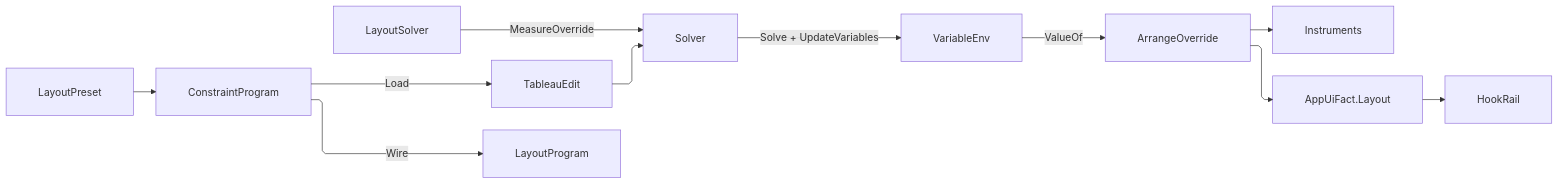
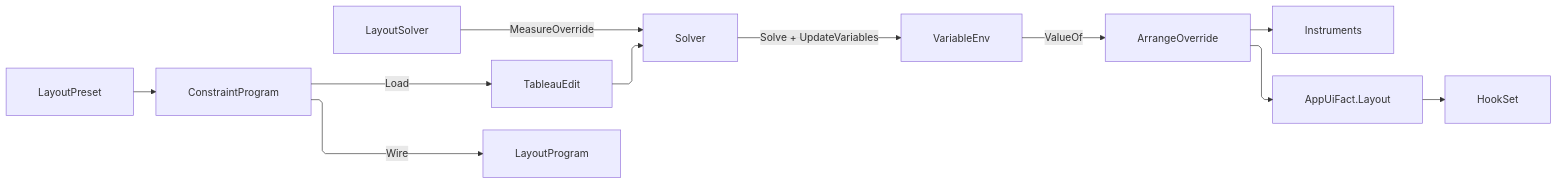
Before and after one commit to bsamiee/Rasm: the diagram in libs/dotnet/Rasm.AppUi/.planning/Shell/solver.md, drawn with Mermaid. The commit also changed other lines of this file and 1997 other files, not shown here.

````diff
--- a/libs/dotnet/Rasm.AppUi/.planning/Shell/solver.md
+++ b/libs/dotnet/Rasm.AppUi/.planning/Shell/solver.md
@@ -676,22 +674,22 @@
 ```mermaid
 ---
 config:
   layout: elk
   flowchart:
     curve: linear
     padding: 25
 ---
 flowchart LR
     accTitle: Constraint layout solve spine
     accDescr: A layout preset lowering into a constraint program the solver loads as a tableau delta, the variable environment resolving the values arrange reads, arrange recording the measured pass and firing its layout fact, and the same program projecting the layout-constraint wire.
     LayoutPreset --> ConstraintProgram
     ConstraintProgram -->|Load| TableauEdit
     TableauEdit --> Solver
     LayoutSolver -->|MeasureOverride| Solver
     Solver -->|Solve + UpdateVariables| VariableEnv
     VariableEnv -->|ValueOf| ArrangeOverride
     ArrangeOverride --> Instruments
     ArrangeOverride --> AppUiFactLayout["AppUiFact.Layout"]
-    AppUiFactLayout --> HookRail
+    AppUiFactLayout --> HookSet
     ConstraintProgram -->|Wire| LayoutProgram
 ```
````
